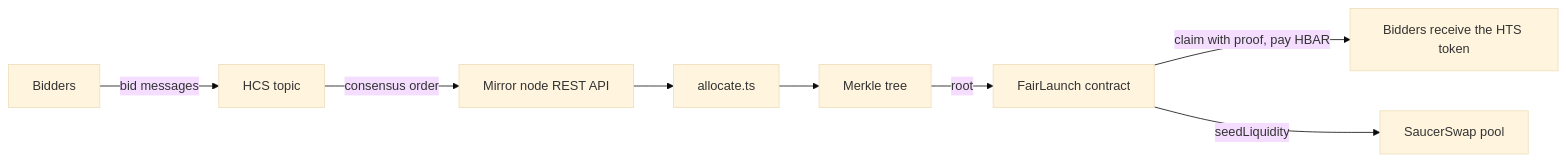
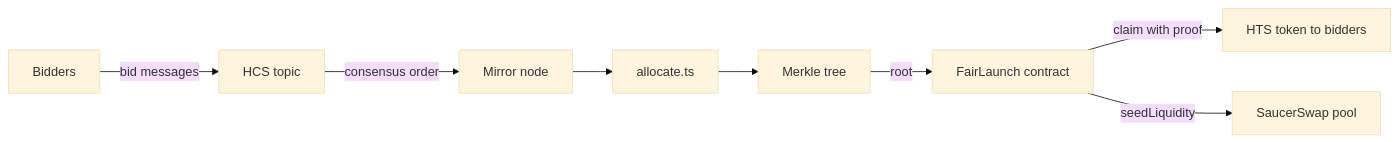
The diagram in README.md (abdoulxw3/Fair-order), drawn with Mermaid (base theme) before and after one commit. The commit also changed other lines of this file, not shown here.

````diff
--- a/README.md
+++ b/README.md
@@ -11,10 +15,10 @@
 ```mermaid
 flowchart LR
-  B["Bidders"] -->|"bid messages"| H["HCS topic"]
-  H -->|"consensus order"| M["Mirror node REST API"]
+  B["Bidders"] -->|bid messages| H["HCS topic"]
+  H -->|consensus order| M["Mirror node"]
   M --> A["allocate.ts"]
   A --> T["Merkle tree"]
-  T -->|"root"| C["FairLaunch contract"]
-  C -->|"claim with proof, pay HBAR"| K["Bidders receive the HTS token"]
-  C -->|"seedLiquidity"| S["SaucerSwap pool"]
+  T -->|root| C["FairLaunch contract"]
+  C -->|claim with proof| K["HTS token to bidders"]
+  C -->|seedLiquidity| S["SaucerSwap pool"]
 ```
````
